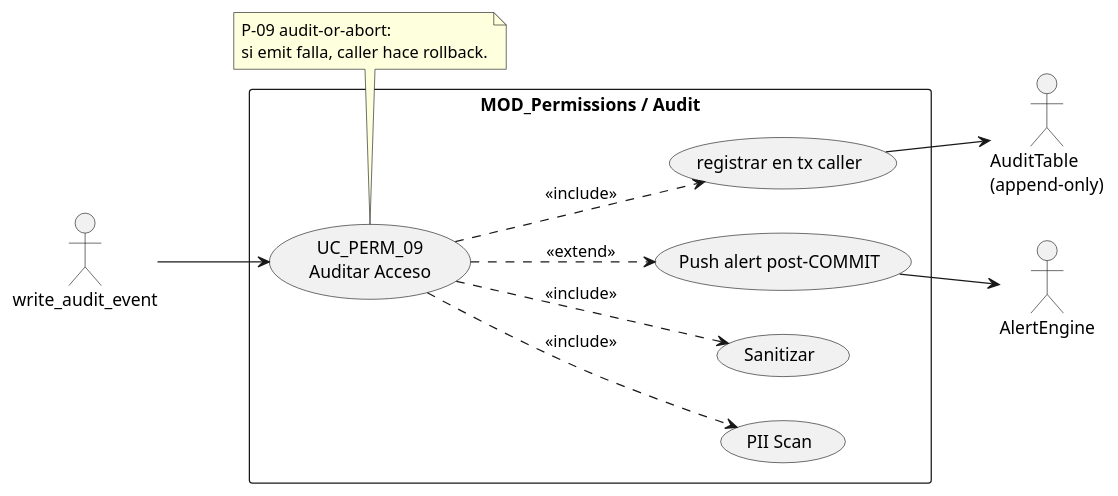
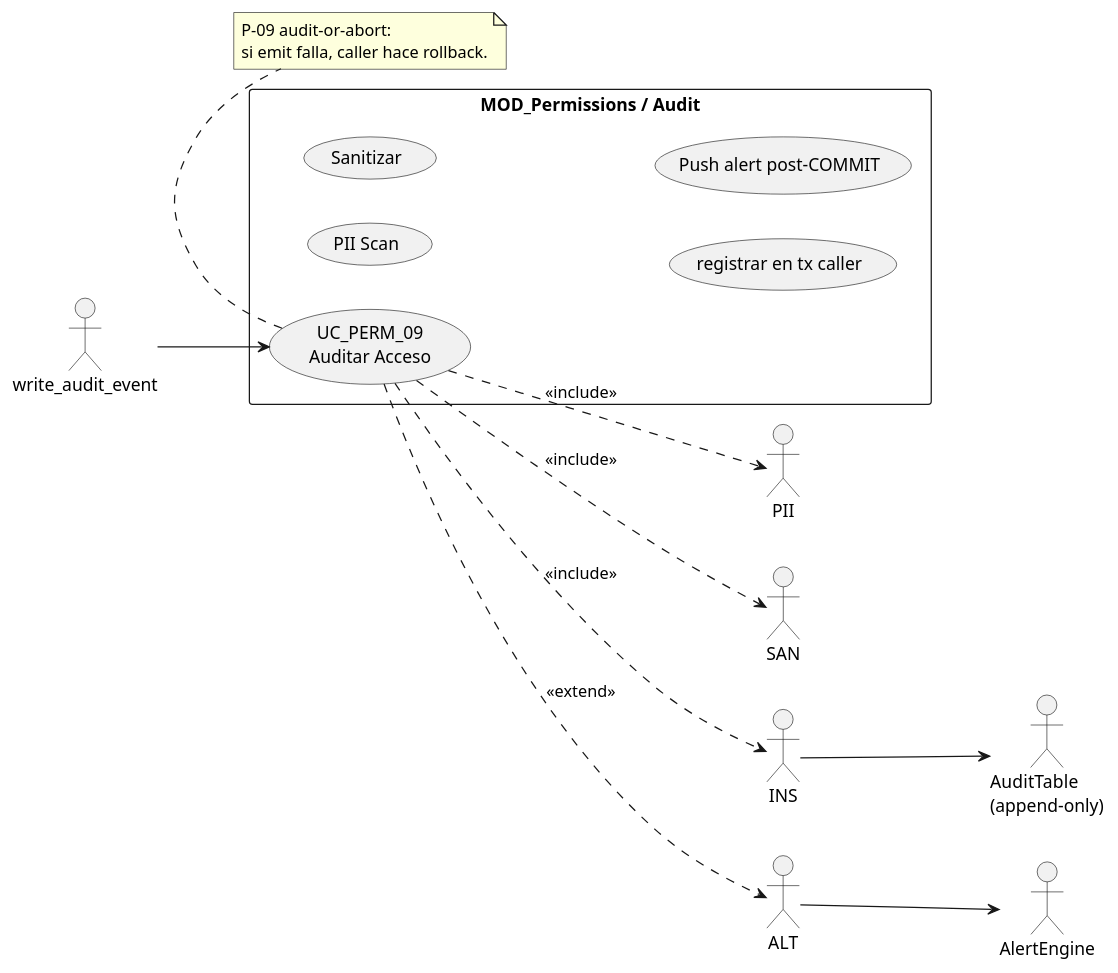
Before and after one commit to jcg-admin/IACT-docs: the diagram in source/requisitos/casos-uso/permissions/uc-perm-09/diagramas-uml/diagrama-de-caso-de-uso.rst, drawn with PlantUML. The commit also changed 47 other files, not shown here.

First line of the commit message:
Fix cryptic PlantUML aliases in UC and architecture files (STD_011)

```diff
--- a/source/requisitos/casos-uso/permissions/uc-perm-09/diagramas-uml/diagrama-de-caso-de-uso.rst
+++ b/source/requisitos/casos-uso/permissions/uc-perm-09/diagramas-uml/diagrama-de-caso-de-uso.rst
@@ -4,32 +4,32 @@
 .. uml::
  :caption: UC_PERM_09 — auditar acceso
 
  @startuml
  left to right direction
 
  actor "write_audit_event" as CALLER
  actor "AlertEngine" as Alertengine
  actor "AuditTable\n(append-only)" as Audittable
 
  rectangle "MOD_Permissions / Audit" {
    usecase "UC_PERM_09\nAuditar Acceso" as UC09
-   usecase "PII Scan" as PII
-   usecase "Sanitizar" as SAN
-   usecase "registrar en tx caller" as INS
-   usecase "Push alert post-COMMIT" as ALT
+   usecase "PII Scan" as EscanerPII
+   usecase "Sanitizar" as SanitizarDato
+   usecase "registrar en tx caller" as RegistrarDatos
+   usecase "Push alert post-COMMIT" as AlertaPost
  }
 
  CALLER --> UC09
  UC09 ..> PII : <<include>>
  UC09 ..> SAN : <<include>>
  UC09 ..> INS : <<include>>
  UC09 ..> ALT : <<extend>>
  INS --> Audittable
  ALT --> Alertengine
 
  note bottom of UC09
    P-09 audit-or-abort:
    si emit falla, caller hace rollback.
  end note
 
  @enduml
```
